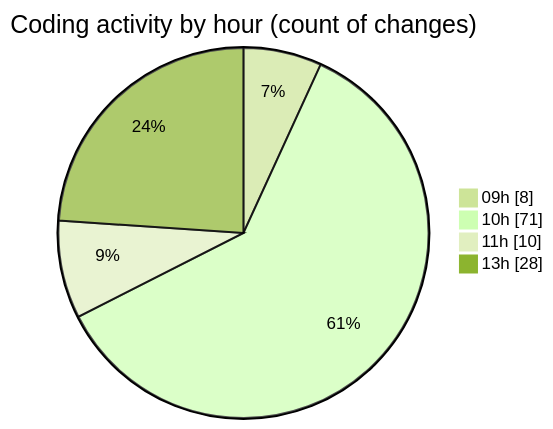
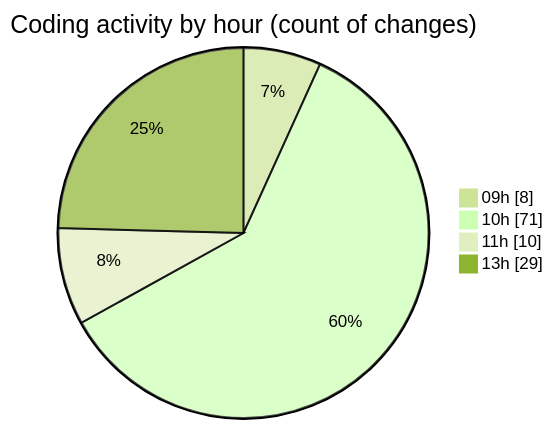
One commit to CELIANVF/code-tracking changed the second of 2 diagrams in 2025-06-03/ecodeli-1/README.md. Above: the diagram before and after it, drawn with Mermaid (forest theme). The commit also changed other lines of this file and 1 other file, not shown here.

````diff
--- a/2025-06-03/ecodeli-1/README.md
+++ b/2025-06-03/ecodeli-1/README.md
@@ -73,8 +73,8 @@
 ```mermaid
 pie showData
 title Coding activity by hour (count of changes)
 "09h" : 8
 "10h" : 71
 "11h" : 10
-"13h" : 28
+"13h" : 29
 ```
````
